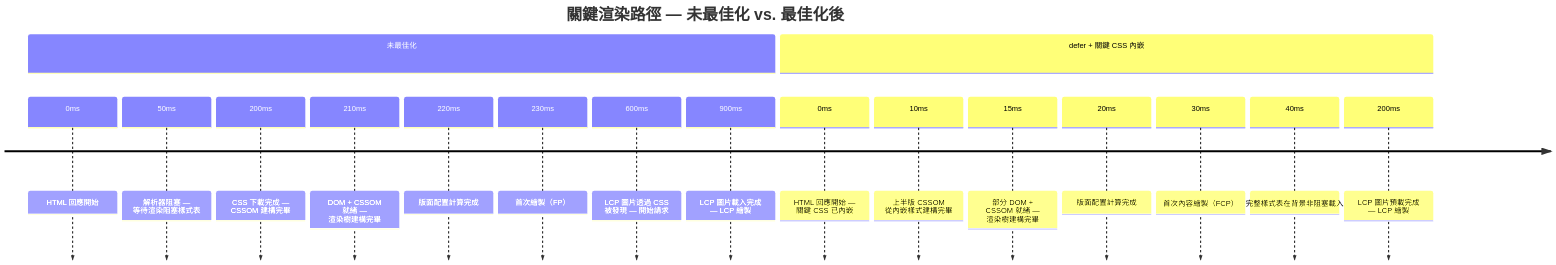
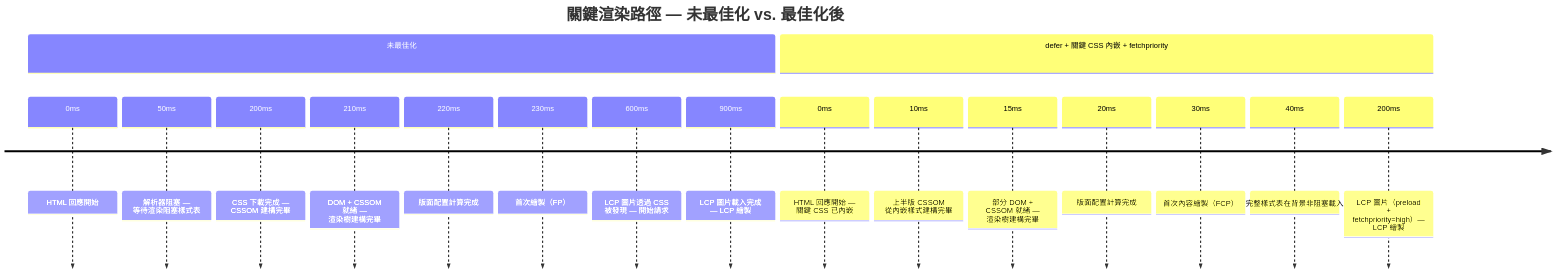
One commit to alivedise/frontend-engineering-essentials changed the diagram in docs/zh-tw/Rendering and Performance/712.md. Above: the diagram before and after it, drawn with Mermaid. The commit also changed other lines of this file and 1 other file, not shown here.

````diff
--- a/docs/zh-tw/Rendering and Performance/712.md
+++ b/docs/zh-tw/Rendering and Performance/712.md
@@ -222,21 +22,21 @@
 ```mermaid
 timeline
     title 關鍵渲染路徑 — 未最佳化 vs. 最佳化後
     section 未最佳化
         0ms   : HTML 回應開始
         50ms  : 解析器阻塞 — 等待渲染阻塞樣式表
         200ms : CSS 下載完成 — CSSOM 建構完畢
         210ms : DOM + CSSOM 就緒 — 渲染樹建構完畢
         220ms : 版面配置計算完成
         230ms : 首次繪製（FP）
         600ms : LCP 圖片透過 CSS 被發現 — 開始請求
         900ms : LCP 圖片載入完成 — LCP 繪製
-    section defer + 關鍵 CSS 內嵌
+    section defer + 關鍵 CSS 內嵌 + fetchpriority
         0ms   : HTML 回應開始 — 關鍵 CSS 已內嵌
         10ms  : 上半版 CSSOM 從內嵌樣式建構完畢
         15ms  : 部分 DOM + CSSOM 就緒 — 渲染樹建構完畢
         20ms  : 版面配置計算完成
         30ms  : 首次內容繪製（FCP）
         40ms  : 完整樣式表在背景非阻塞載入
-        200ms : LCP 圖片預載完成 — LCP 繪製
+        200ms : LCP 圖片（preload + fetchpriority=high）— LCP 繪製
 ```
````
